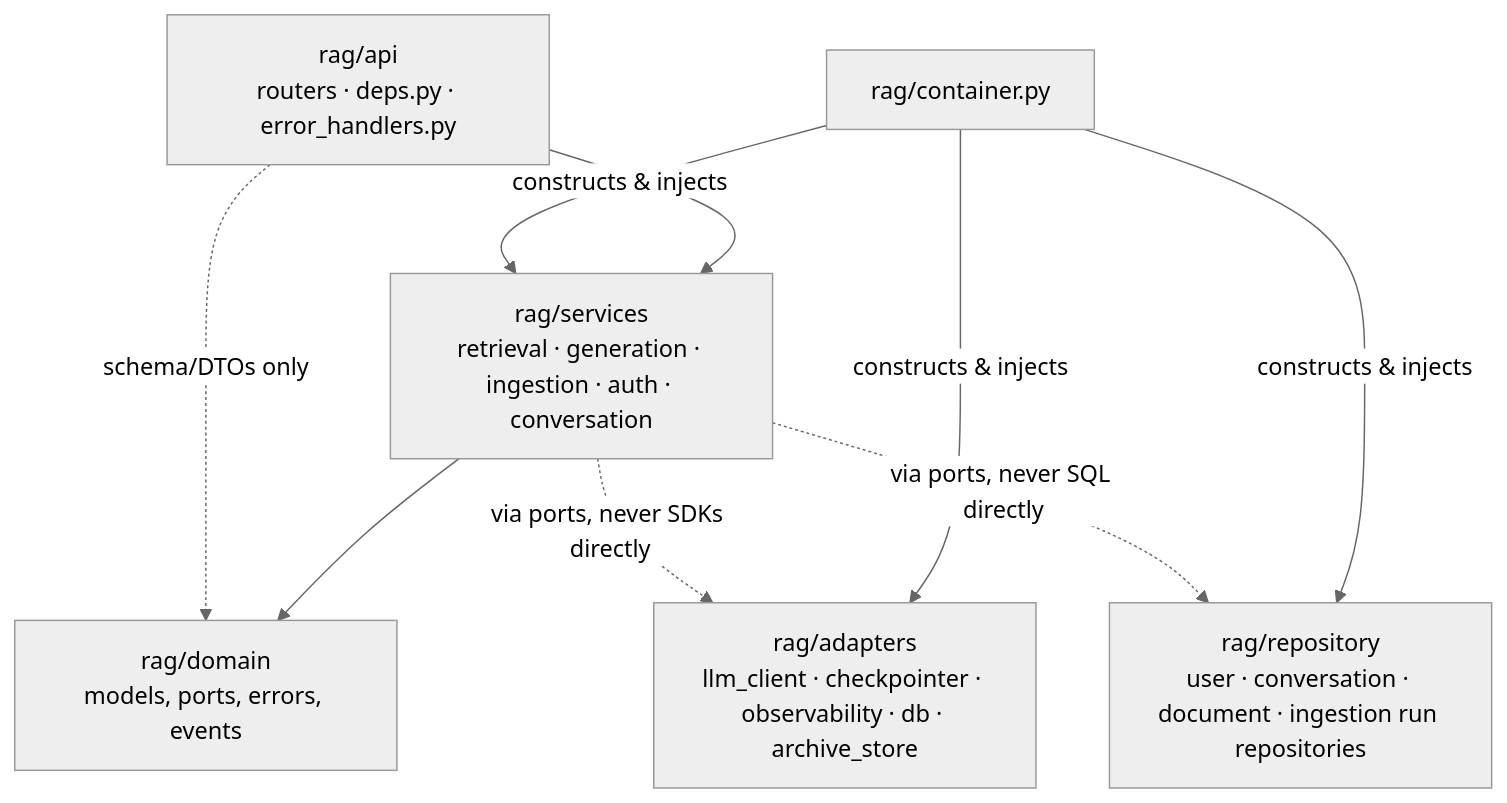
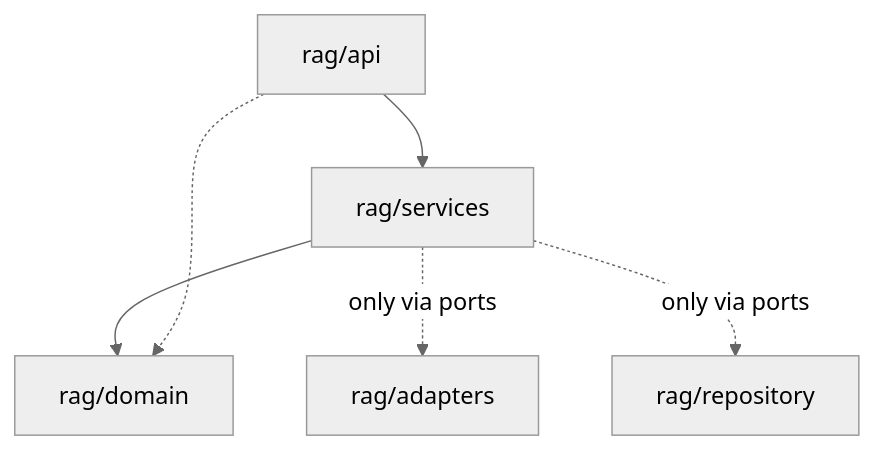
Before and after one commit to hadifar/rag: the second of 4 diagrams in docs/architecture.md, drawn with Mermaid (neutral theme). The commit also changed other lines of this file and 9 other files, not shown here.

Commit message:
docs: enhance documentation with new auth and services sections; update architecture details

````diff
--- a/docs/architecture.md
+++ b/docs/architecture.md
@@ -53,18 +47,14 @@
 ```mermaid
 graph TD
-    api[rag/api<br/>routers · deps.py · error_handlers.py]
-    services[rag/services<br/>retrieval · generation · ingestion · auth · conversation]
-    domain[rag/domain<br/>models, ports, errors, events]
-    adapters[rag/adapters<br/>llm_client · checkpointer · observability · db · archive_store]
-    repository[rag/repository<br/>user · conversation · document · ingestion run repositories]
-    container[rag/container.py<br/>]
+    api[rag/api]
+    services[rag/services]
+    domain[rag/domain]
+    adapters[rag/adapters]
+    repository[rag/repository]
 
     api --> services
     services --> domain
-    api -.->|schema/DTOs only| domain
-    container -->|constructs & injects| adapters
-    container -->|constructs & injects| repository
-    container -->|constructs & injects| services
-    services -.->|via ports, never SDKs directly| adapters
-    services -.->|via ports, never SQL directly| repository
+    api -.-> domain
+    services -.->|only via ports| adapters
+    services -.->|only via ports| repository
 ```
````
